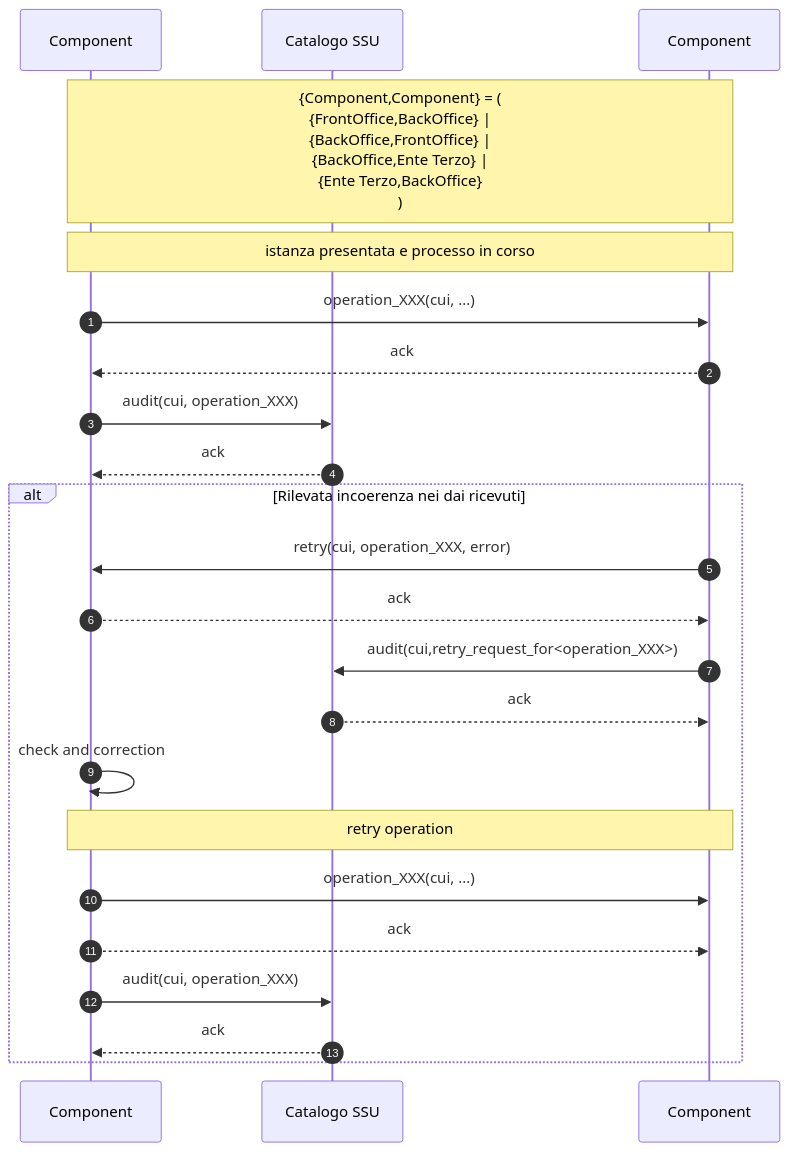
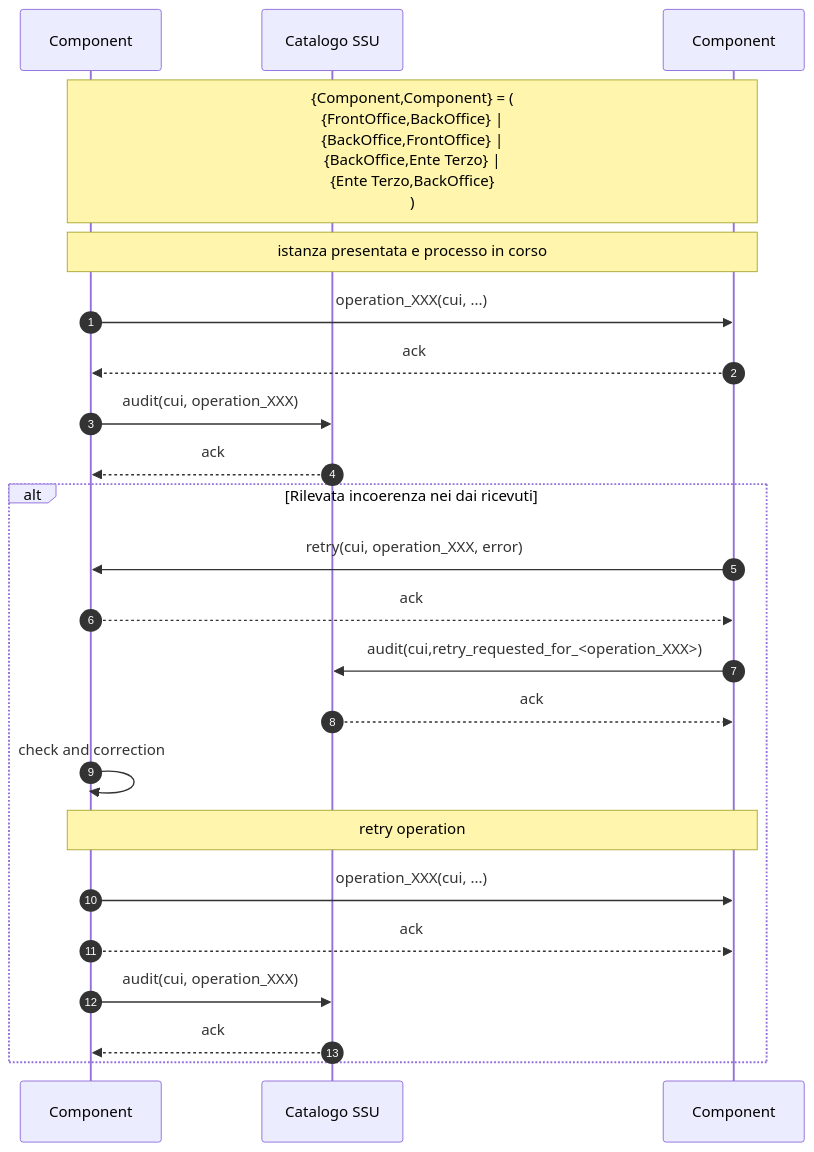
The diagram in to_interoperabilita/sequence-diagram/Retry-001.mermaid (AgID/suap-gt-specifiche), drawn with Mermaid before and after one commit. The commit also changed 4 other files, not shown here.

Commit message:
add catalog audit for retry request

```diff
--- a/to_interoperabilita/sequence-diagram/Retry-001.mermaid
+++ b/to_interoperabilita/sequence-diagram/Retry-001.mermaid
@@ -1,35 +1,35 @@
 sequenceDiagram
     autonumber
       
     participant A as Component 
     participant C as Catalogo SSU 
     participant B as Component  
 
    
     Note over A,B: {Component,Component} = (<br/>{FrontOffice,BackOffice} |<br/> {BackOffice,FrontOffice} |<br/> {BackOffice,Ente Terzo} | <br/>{Ente Terzo,BackOffice}<br/>)
 
    
     Note over A,B: istanza presentata e processo in corso
 
     A->> B: operation_XXX(cui, ...)
     B -->> A: ack
 
     A->> C: audit(cui, operation_XXX)
     C -->> A: ack
 
     alt Rilevata incoerenza nei dai ricevuti
         B->> A: retry(cui, operation_XXX, error)
         A -->> B: ack
 
-        B->> C: audit(cui,retry_request_for<operation_XXX>)
+        B->> C: audit(cui,retry_requested_for_<operation_XXX>)
         C -->> B: ack
 
         A->>A: check and correction
         note over A,B: retry operation
         A->> B: operation_XXX(cui, ...)
         A -->> B: ack
 
         A->> C: audit(cui, operation_XXX)
         C -->> A: ack
 
     end
```
